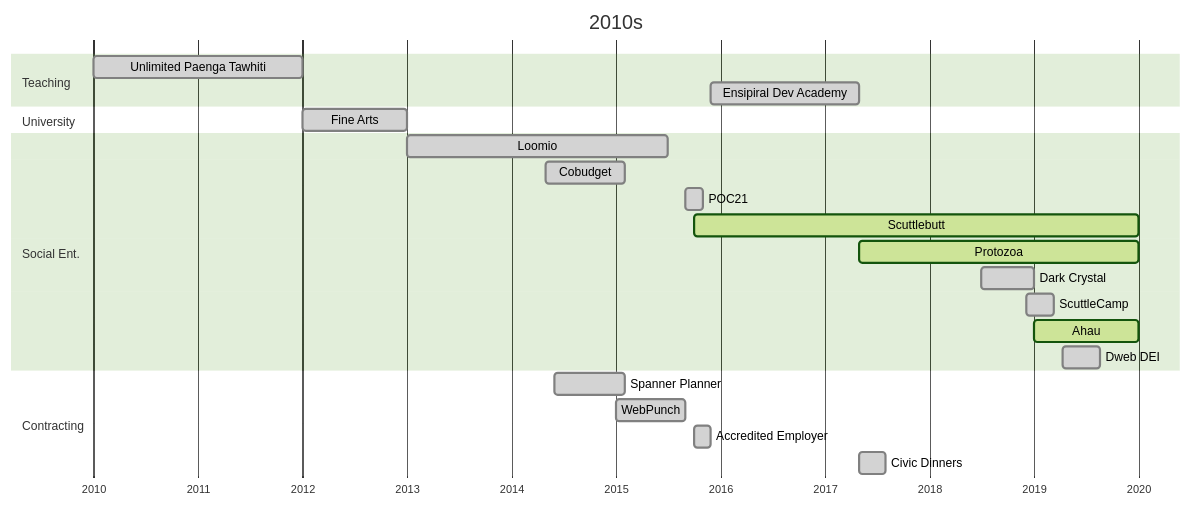
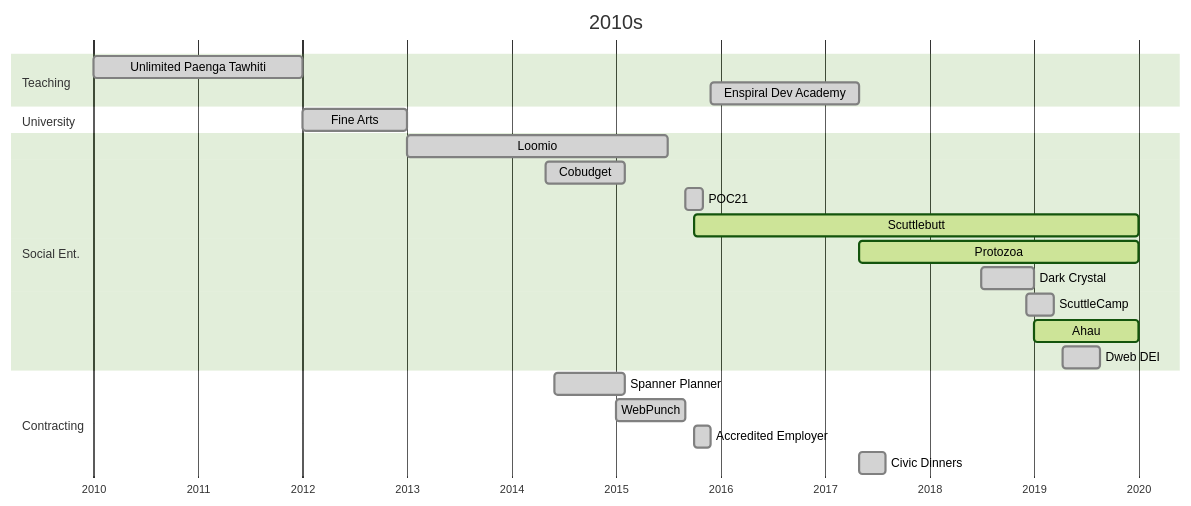
One commit to mixmix/mixmix.github.io changed the second of 3 diagrams in content/page/cv/timeline.md. Above: the diagram before and after it, drawn with Mermaid (forest theme). The commit also changed 1 other file, not shown here.

````diff
--- a/content/page/cv/timeline.md
+++ b/content/page/cv/timeline.md
@@ -36,35 +36,35 @@
 ```mermaid
 gantt
   title 2010s
   dateFormat YYYY-MM-DD
   axisFormat %Y
   tickInterval 12month
   
   Section Teaching
     Unlimited Paenga Tawhiti :done, 2010-01-01, 2y
-    Ensipiral Dev Academy    :done, after ae, 2017-04-30
+    Enspiral Dev Academy    :done, after ae, 2017-04-30
   
   Section University
     Fine Arts                :done, 2012-01-01, 1y
   
   Section Social Ent.
     Loomio                   :done, 2013-01-01, 2015-07-01
     Cobudget                 :done, 2014-05-01, 9M
 
     POC21                    :done, 2015-09-01, 2M
     Scuttlebutt              :active, 2015-10-01, 2020-01-01
     
   
     Protozoa                 :active, 2017-05-01, 2020-01-01
     Dark Crystal             :done, 2018-07-01, 6M
     ScuttleCamp              :done, 2018-12-05, 2019-03-10
     Ahau                     :active, 2019-01-01, 1y
 
     Dweb DEI                 :done, 2019-04-11, 2019-08-20
   
   Section Contracting
     Spanner Planner          :done, 2014-06-01, 8M
     WebPunch                 :done, 2015-01-01, 8M
     Accredited Employer      :done, ae, 2015-10-01, 8w
     Civic Dinners            :done, 2017-05-01, 2017-07-30
 ```
````
